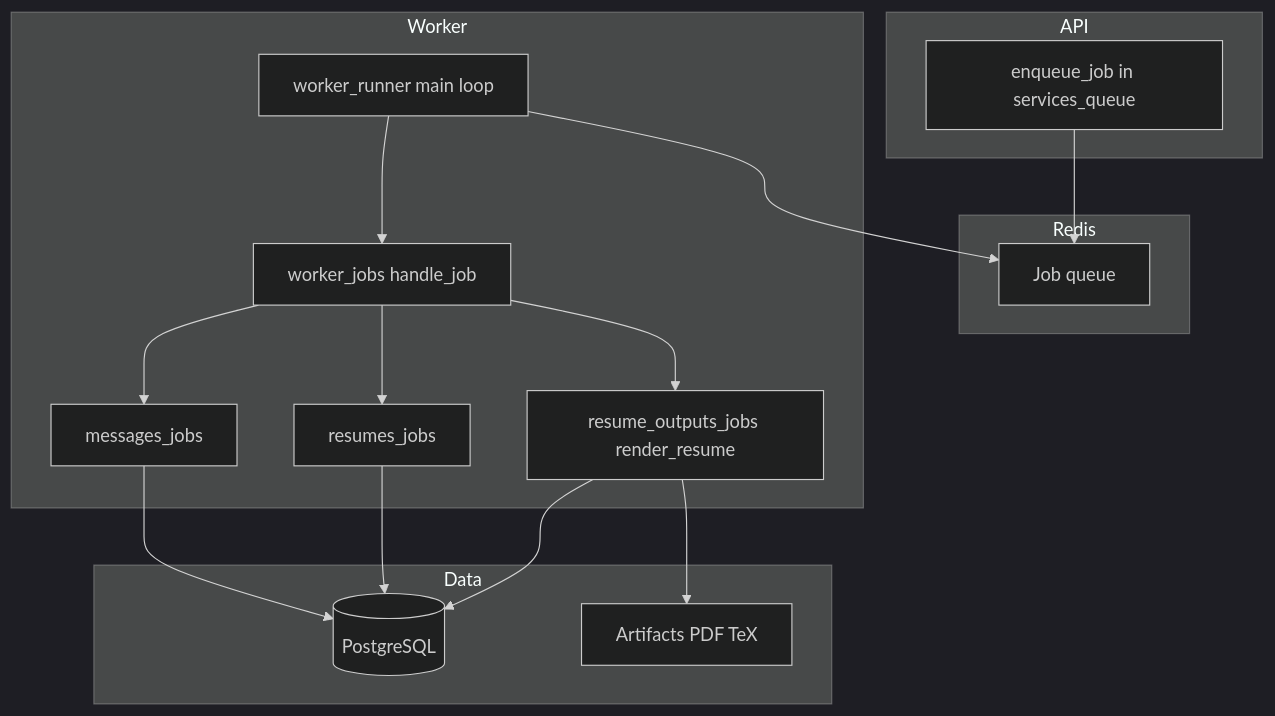
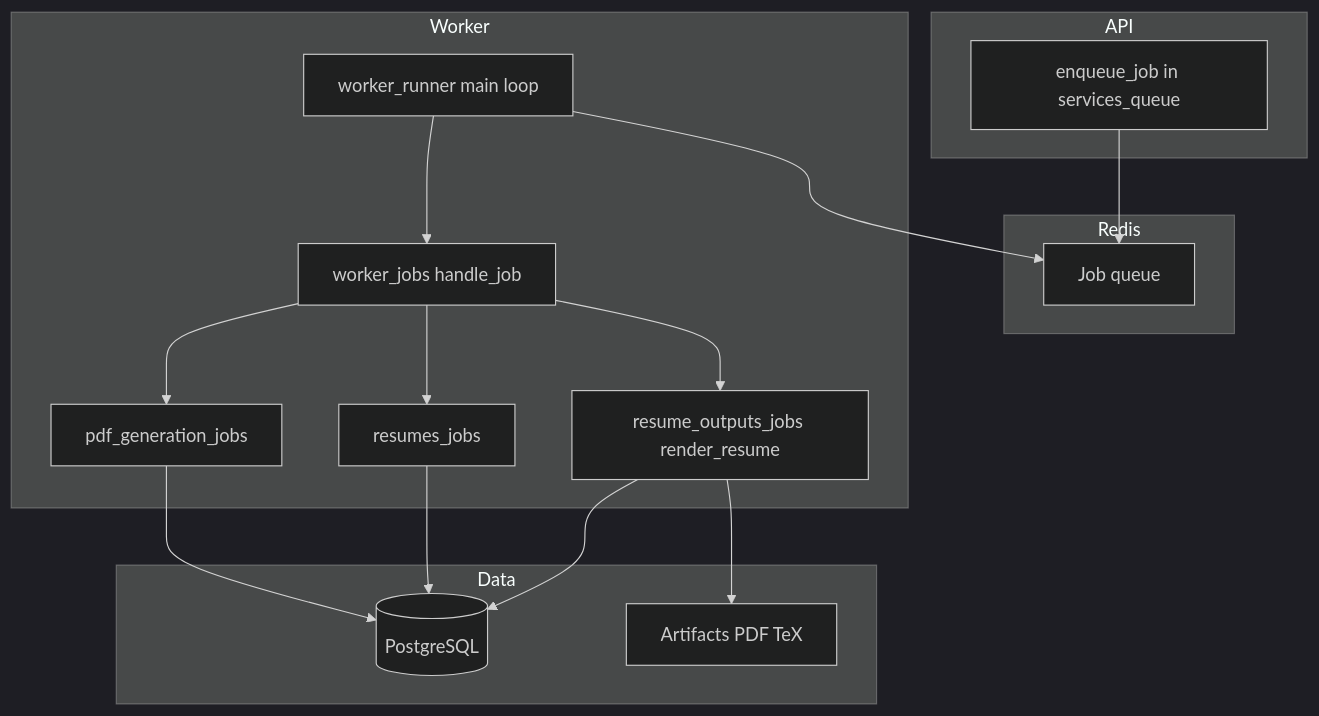
Before and after one commit to Chhunneng/cs529-ai-project1: the third of 3 diagrams in backend/docs/ARCHITECTURE.md, drawn with Mermaid (dark theme). The commit also changed other lines of this file and 96 other files, not shown here.

First line of the commit message:
feat: PDF-first chat, app.llm agents, baseline migrations, template tooling

````diff
--- a/backend/docs/ARCHITECTURE.md
+++ b/backend/docs/ARCHITECTURE.md
@@ -115,31 +111,31 @@
 ```mermaid
 flowchart TB
   subgraph apiLayer [API]
     enqueue[enqueue_job in services_queue]
   end
   subgraph redisLayer [Redis]
     q[Job queue]
   end
   subgraph workerLayer [Worker]
     runner[worker_runner main loop]
     dispatch[worker_jobs handle_job]
-    jChat[messages_jobs]
+    jPdf[pdf_generation_jobs]
     jParse[resumes_jobs]
     jRender[resume_outputs_jobs render_resume]
   end
   subgraph dataLayer [Data]
     db[(PostgreSQL)]
     disk[Artifacts PDF TeX]
   end
 
   enqueue --> q
   runner --> q
   runner --> dispatch
-  dispatch --> jChat
+  dispatch --> jPdf
   dispatch --> jParse
   dispatch --> jRender
-  jChat --> db
+  jPdf --> db
   jParse --> db
   jRender --> db
   jRender --> disk
 ```
````
